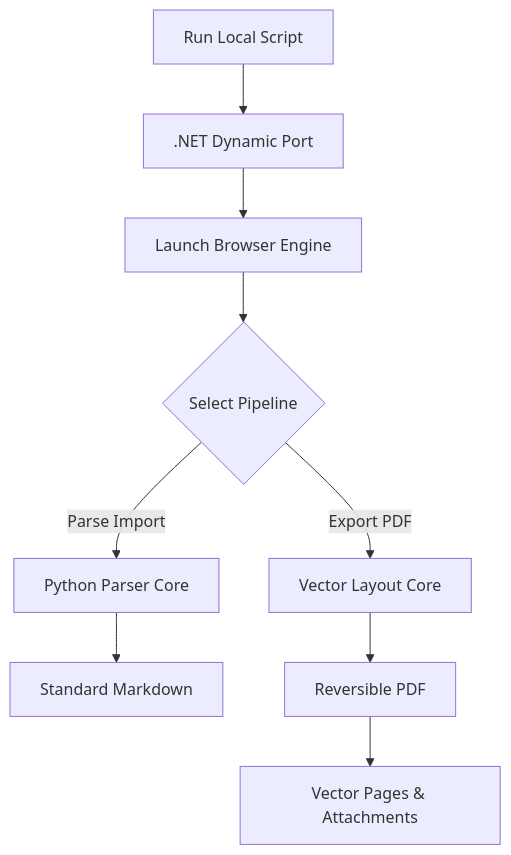
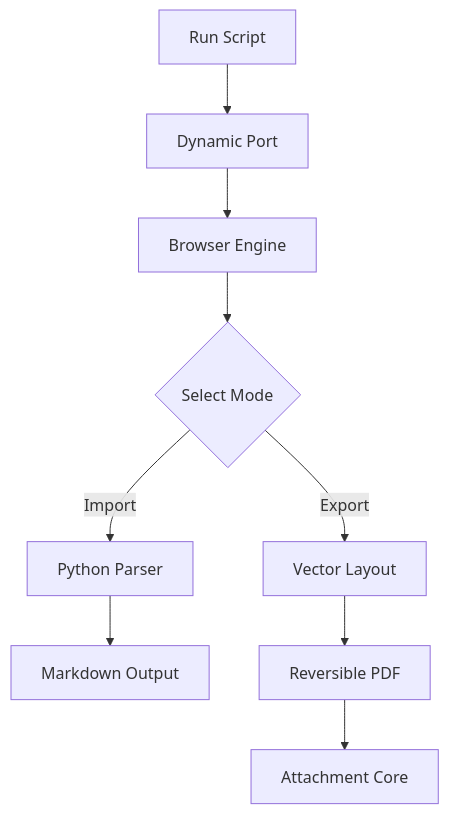
One commit to ystartgo/MD_exchange changed the second of 3 diagrams in README.md. Above: the diagram before and after it, drawn with Mermaid. The commit also changed other lines of this file, not shown here.

````diff
--- a/README.md
+++ b/README.md
@@ -91,11 +135,11 @@
 ```mermaid
 flowchart TD
-    A[Run Local Script] --> B[.NET Dynamic Port]
-    B --> C[Launch Browser Engine]
-    C --> D{Select Pipeline}
-    D -->|Parse Import| E[Python Parser Core]
-    D -->|Export PDF| F[Vector Layout Core]
-    E --> G[Standard Markdown]
-    F --> H[Reversible PDF]
-    H --> I[Vector Pages & Attachments]
+    A["　Run Script　"] --> B["　Dynamic Port　"]
+    B --> C["　Browser Engine　"]
+    C --> D{"　Select Mode　"}
+    D -->|Import| E["　Python Parser　"]
+    D -->|Export| F["　Vector Layout　"]
+    E --> G["　Markdown Output　"]
+    F --> H["　Reversible PDF　"]
+    H --> I["　Attachment Core　"]
 ```
````
